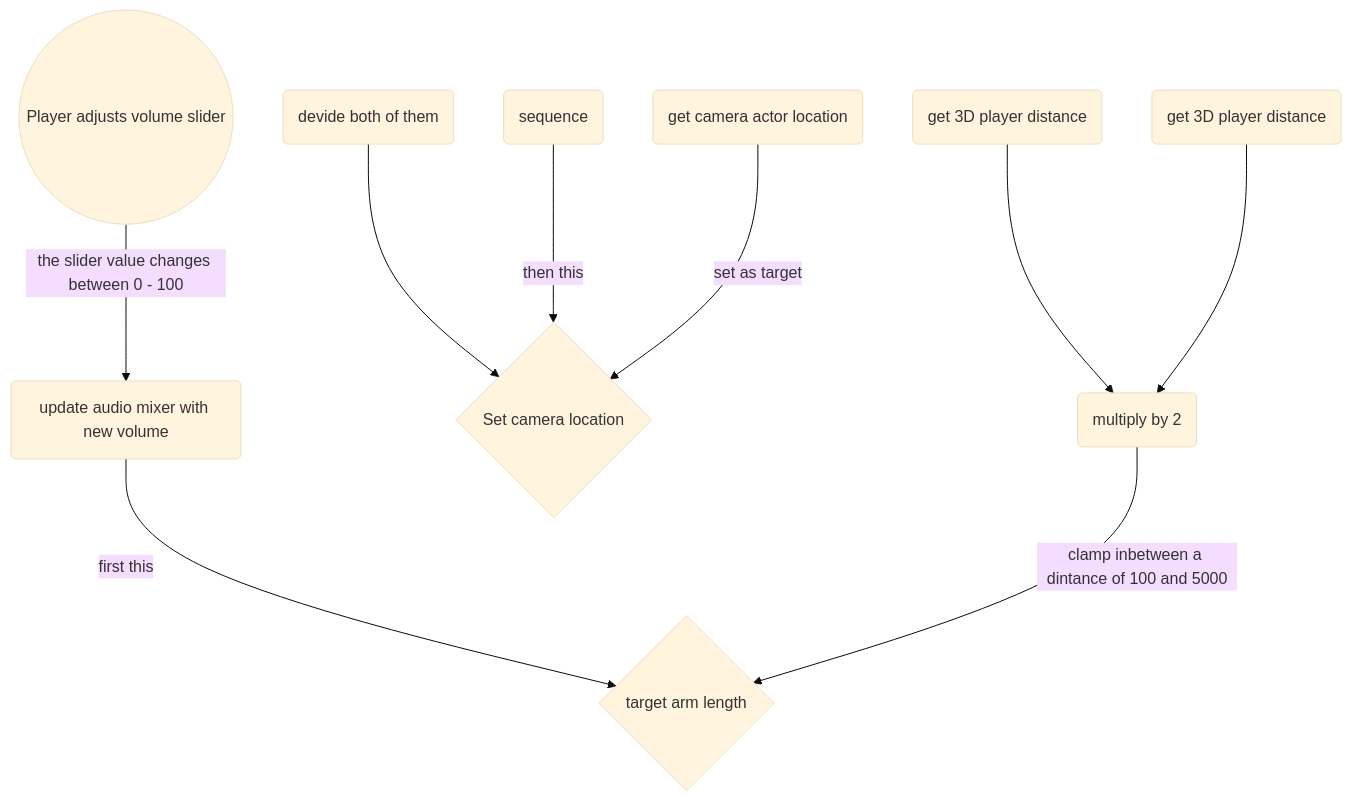
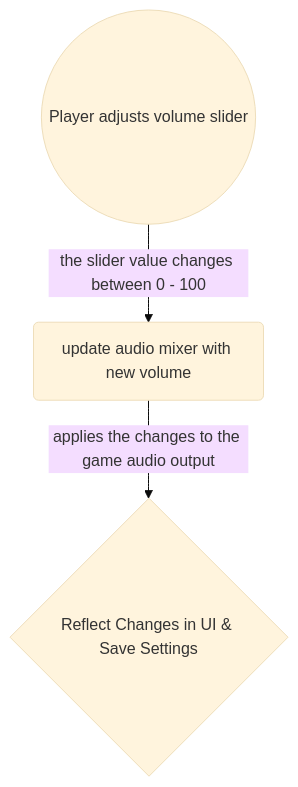
The first of 2 diagrams in README.md (spookyboy2000/SproutScape), drawn with Mermaid (base theme) before and after one commit. The commit also changed other lines of this file, not shown here.

````diff
--- a/README.md
+++ b/README.md
@@ -42,14 +42,6 @@
 ```mermaid
 flowchart TD
 
 start((Player adjusts volume slider)) --> |the slider value changes between 0 - 100| Mixer(update audio mixer with new volume)
-
-Mixer(update audio mixer with new volume) --> |first this| setarm{target arm length}
-devide(devide both of them) --> setactor{Set camera location}
-multi(multiply by 2) --> |clamp inbetween a dintance of 100 and 5000| setarm{target arm length}
-Sequence(sequence) --> |then this| setactor{Set camera location}
-distance3D(get 3D player distance) --> multi(multiply by 2)
-distance2D(get 3D player distance) --> multi(multiply by 2)
-cordcam(get camera actor location) --> |set as target| setactor{Set camera location}
-
+Mixer(update audio mixer with new volume) --> |applies the changes to the game audio output| updateUI{Reflect Changes in UI & Save Settings}
 ```
````
